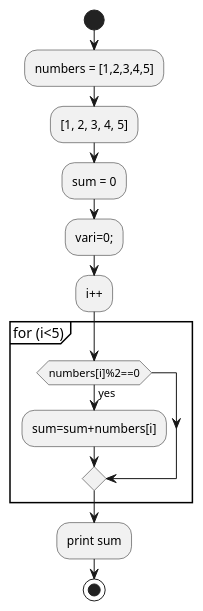
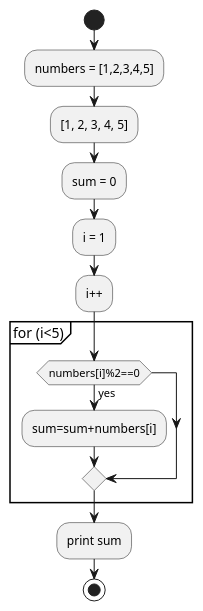
One commit to anastasijakopic/KK-projekat changed the diagram in output/testtest.puml. Above: the diagram before and after it, drawn with PlantUML. The commit also changed 24 other files, not shown here.

```diff
--- a/output/testtest.puml
+++ b/output/testtest.puml
@@ -1,15 +1,15 @@
 @startuml
 start
 :numbers = [1,2,3,4,5];
 :[1, 2, 3, 4, 5];
 :sum = 0;
-:vari=0;;
+:i = 1;
 :i++;
 group for (i<5)
 if (numbers[i]%2==0) then (yes)
 :sum=sum+numbers[i];
 endif
 end group
 :print sum;
 stop
 @enduml
```
